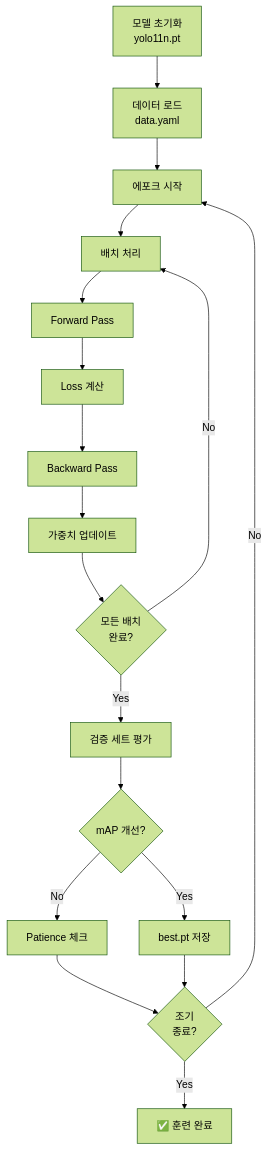
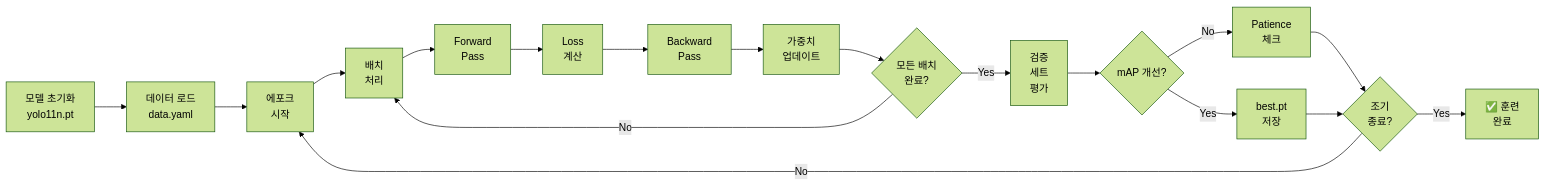
The ninth of 18 diagrams in 05_yolo/README_IMPROVED.md (Collegenie-X/Raspbot-v2-self-driving-car), drawn with Mermaid (forest theme) before and after one commit. The commit also changed other lines of this file and 20 other files, not shown here.

````diff
--- a/05_yolo/README_IMPROVED.md
+++ b/05_yolo/README_IMPROVED.md
@@ -383,20 +383,20 @@
 ```mermaid
-graph TB
+graph LR
     A[모델 초기화<br/>yolo11n.pt] --> B[데이터 로드<br/>data.yaml]
-    B --> C[에포크 시작]
-    C --> D[배치 처리]
-    D --> E[Forward Pass]
-    E --> F[Loss 계산]
-    F --> G[Backward Pass]
-    G --> H[가중치 업데이트]
+    B --> C[에포크 <br>시작]
+    C --> D[배치 <br>처리]
+    D --> E[Forward <br>Pass]
+    E --> F[Loss <br>계산]
+    F --> G[Backward <br>Pass]
+    G --> H[가중치 <br>업데이트]
     H --> I{모든 배치<br/>완료?}
     I -->|No| D
-    I -->|Yes| J[검증 세트 평가]
+    I -->|Yes| J[검증 <br>세트 <br>평가]
     J --> K{mAP 개선?}
-    K -->|Yes| L[best.pt 저장]
-    K -->|No| M[Patience 체크]
+    K -->|Yes| L[best.pt <br>저장]
+    K -->|No| M[Patience <br>체크]
     M --> N{조기<br/>종료?}
     N -->|No| C
-    N -->|Yes| O[✅ 훈련 완료]
+    N -->|Yes| O[✅ 훈련 <br>완료]
     L --> N
 ```
````
